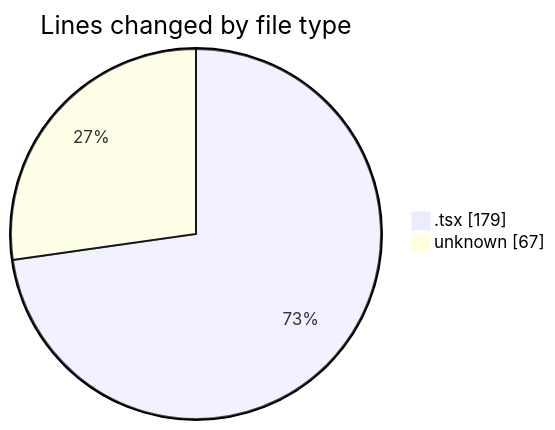
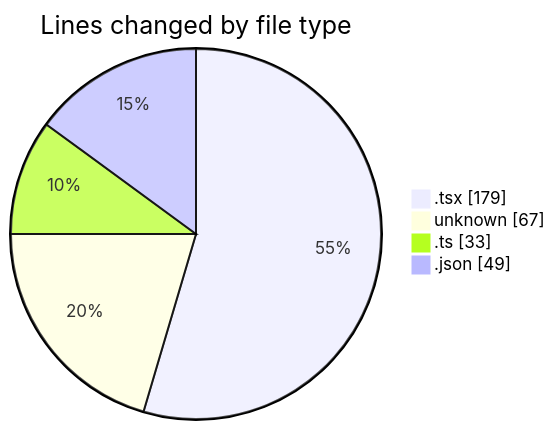
The first of 2 diagrams in 2025-05-21/niten/README.md (Elitesun/code-tracking), drawn with Mermaid before and after one commit. The commit also changed other lines of this file and 1 other file, not shown here.

````diff
--- a/2025-05-21/niten/README.md
+++ b/2025-05-21/niten/README.md
@@ -25,6 +27,8 @@
 ```mermaid
 pie showData
 title Lines changed by file type
 ".tsx" : 179
 "unknown" : 67
+".ts" : 33
+".json" : 49
 ```
````
